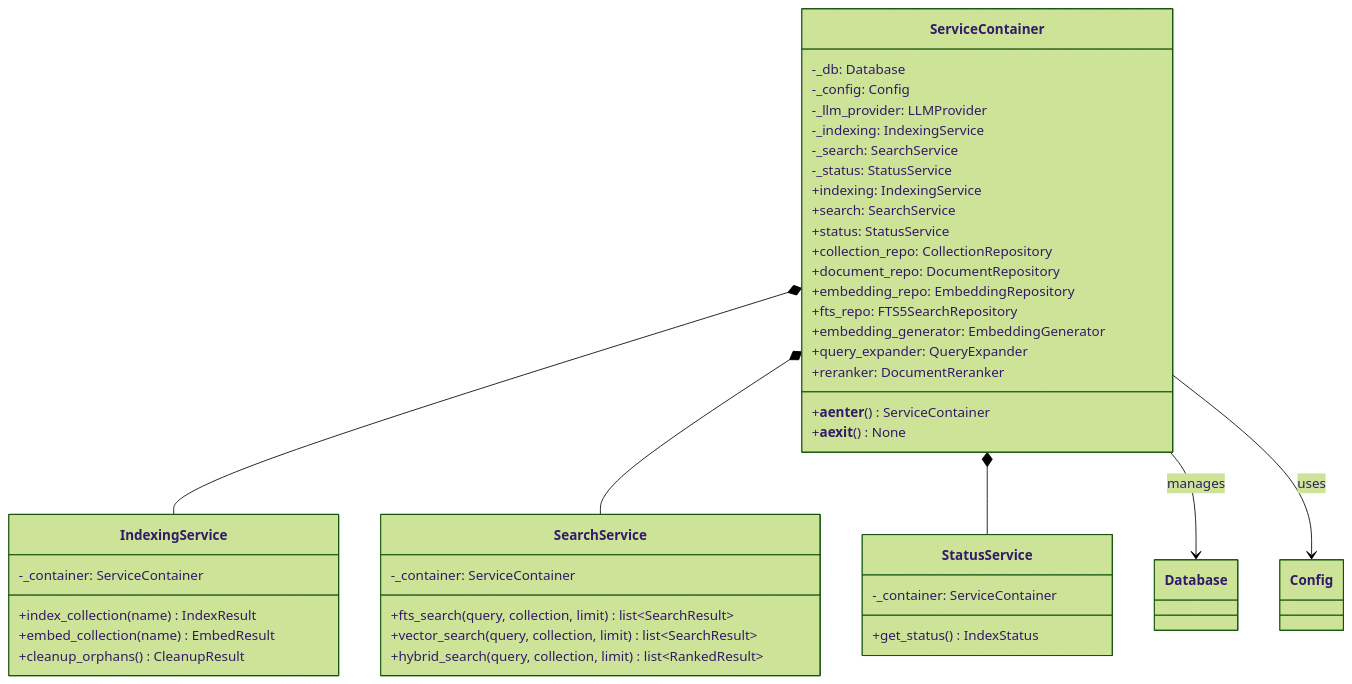
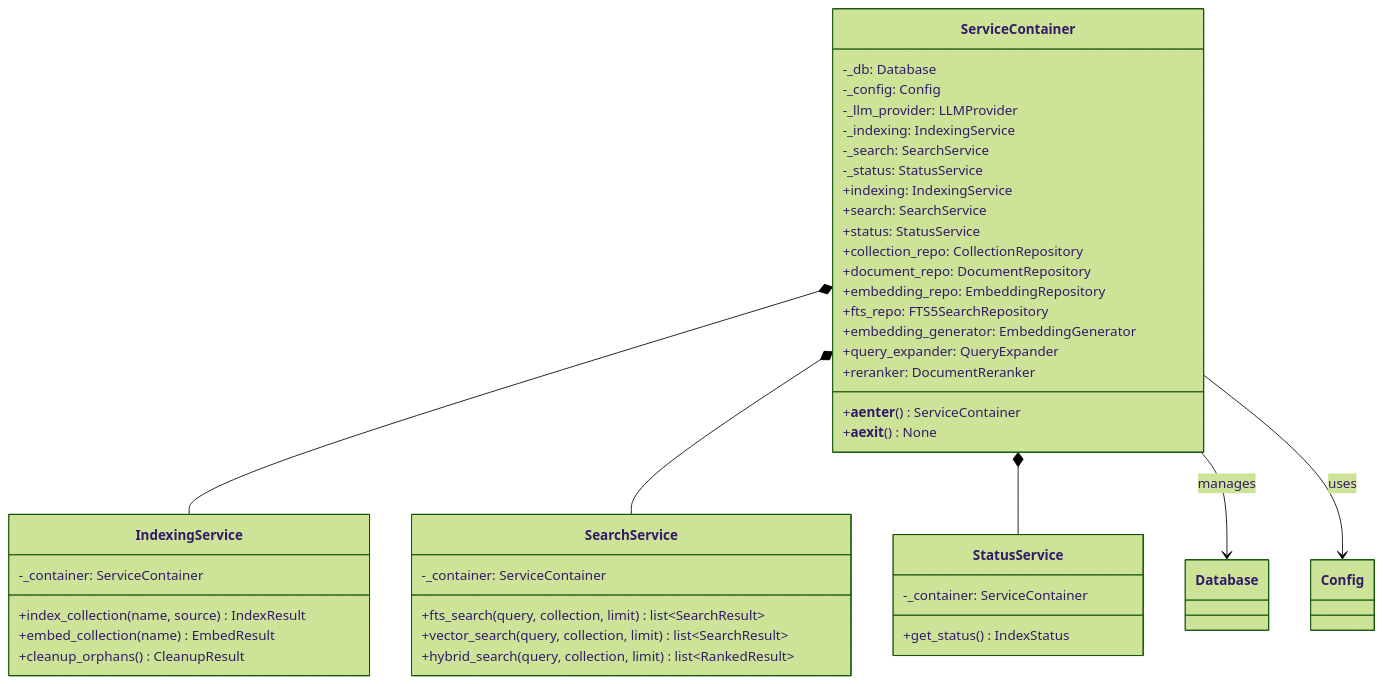
One commit to mikewaters/mdindex changed diagram 11 of 25 in docs/CLASS_DIAGRAMS.md. Above: the diagram before and after it, drawn with Mermaid (forest theme). The commit also changed 77 other files, not shown here.

````diff
--- a/docs/CLASS_DIAGRAMS.md
+++ b/docs/CLASS_DIAGRAMS.md
@@ -534,50 +534,50 @@
 ```mermaid
 classDiagram
     direction TB
 
     ServiceContainer *-- IndexingService
     ServiceContainer *-- SearchService
     ServiceContainer *-- StatusService
     ServiceContainer --> Database : manages
     ServiceContainer --> Config : uses
 
     class ServiceContainer {
         -_db: Database
         -_config: Config
         -_llm_provider: LLMProvider
         -_indexing: IndexingService
         -_search: SearchService
         -_status: StatusService
         +indexing: IndexingService
         +search: SearchService
         +status: StatusService
         +collection_repo: CollectionRepository
         +document_repo: DocumentRepository
         +embedding_repo: EmbeddingRepository
         +fts_repo: FTS5SearchRepository
         +embedding_generator: EmbeddingGenerator
         +query_expander: QueryExpander
         +reranker: DocumentReranker
         +__aenter__() ServiceContainer
         +__aexit__() None
     }
 
     class IndexingService {
         -_container: ServiceContainer
-        +index_collection(name) IndexResult
+        +index_collection(name, source) IndexResult
         +embed_collection(name) EmbedResult
         +cleanup_orphans() CleanupResult
     }
 
     class SearchService {
         -_container: ServiceContainer
         +fts_search(query, collection, limit) list~SearchResult~
         +vector_search(query, collection, limit) list~SearchResult~
         +hybrid_search(query, collection, limit) list~RankedResult~
     }
 
     class StatusService {
         -_container: ServiceContainer
         +get_status() IndexStatus
     }
 ```
````
